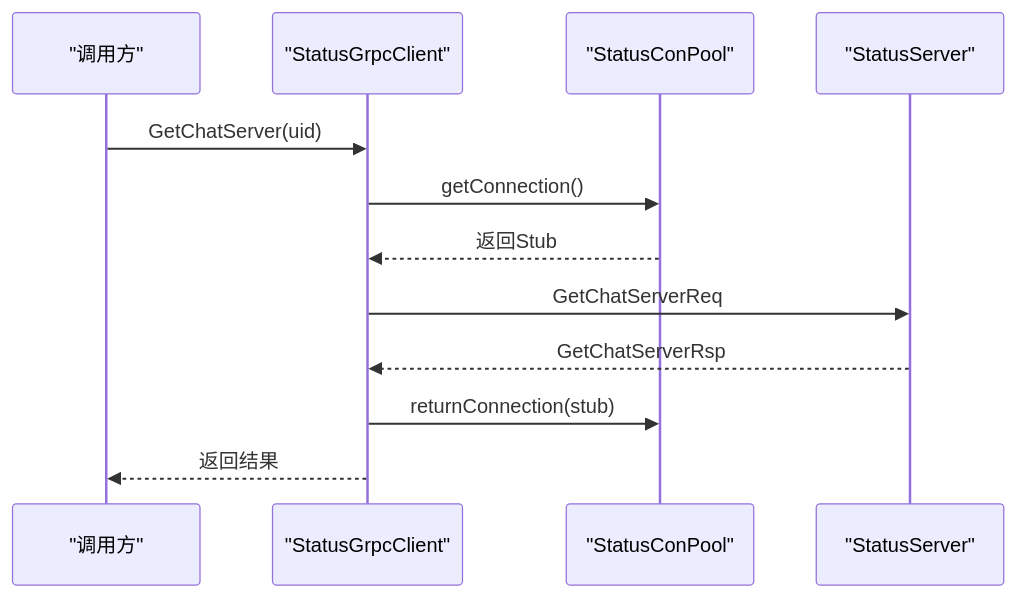
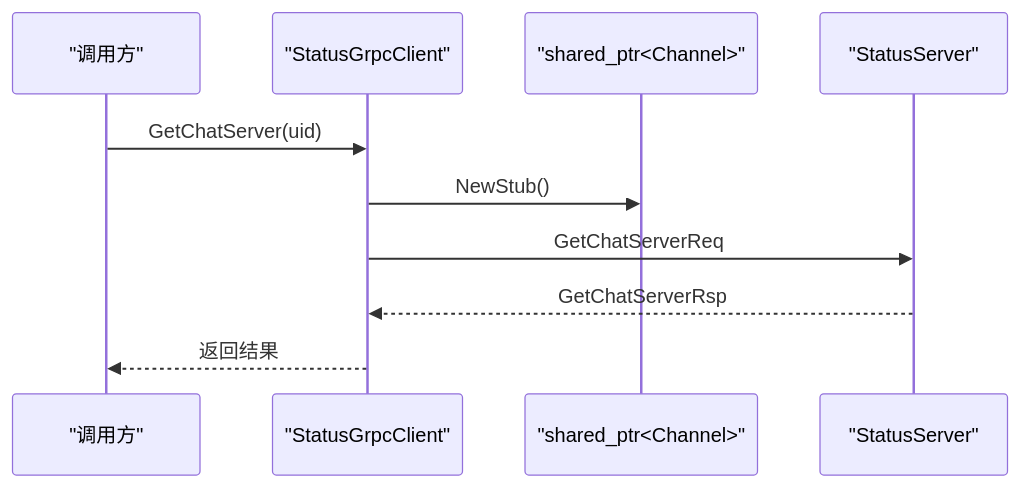
The fourth of 8 diagrams in .qoder/repowiki/zh/content/网络通信/gRPC微服务接口/gRPC客户端实现指南.md (echo9923/mychatter), drawn with Mermaid before and after one commit. The commit also changed other lines of this file and 54 other files, not shown here.

````diff
--- a/.qoder/repowiki/zh/content/网络通信/gRPC微服务接口/gRPC客户端实现指南.md
+++ b/.qoder/repowiki/zh/content/网络通信/gRPC微服务接口/gRPC客户端实现指南.md
@@ -189,14 +172,12 @@
 ```mermaid
 sequenceDiagram
 participant Caller as "调用方"
 participant Client as "StatusGrpcClient"
-participant Pool as "StatusConPool"
+participant Channel as "shared_ptr<Channel>"
 participant Service as "StatusServer"
 Caller->>Client : GetChatServer(uid)
-Client->>Pool : getConnection()
-Pool-->>Client : 返回Stub
+Client->>Channel : NewStub()
 Client->>Service : GetChatServerReq
 Service-->>Client : GetChatServerRsp
-Client->>Pool : returnConnection(stub)
 Client-->>Caller : 返回结果
 ```
````
